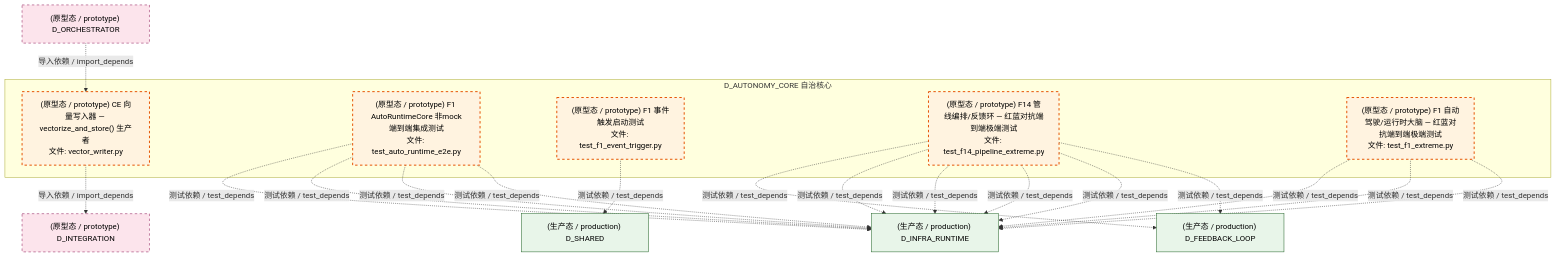
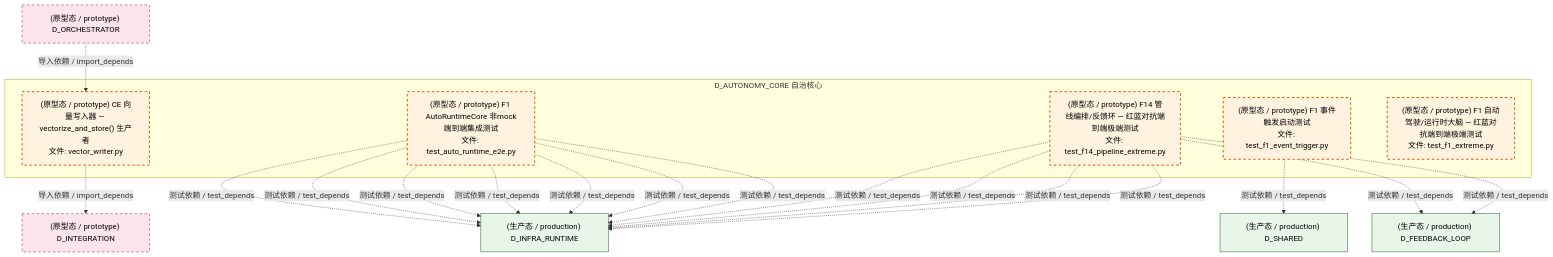
Before and after one commit to xuanFelixVan/ZephyrAlpha: the seventh of 8 diagrams in docs/02_enterprise_architecture/02_domain_architecture_docs/07_d_autonomy_core.md, drawn with Mermaid. The commit also changed other lines of this file and 116 other files, not shown here.

````diff
--- a/docs/02_enterprise_architecture/02_domain_architecture_docs/07_d_autonomy_core.md
+++ b/docs/02_enterprise_architecture/02_domain_architecture_docs/07_d_autonomy_core.md
@@ -768,38 +763,38 @@
 ```mermaid
 graph TD
     subgraph D_AUTONOMY_CORE["D_AUTONOMY_CORE 自治核心"]
         src_zephyr_integration_vector_memory_vector_writer_py["(原型态 / prototype) CE 向量写入器 — vectorize_and_store() 生产者<br/>文件: vector_writer.py"]
         tests_automation_test_auto_runtime_e2e_py["(原型态 / prototype) F1 AutoRuntimeCore 非mock端到端集成测试<br/>文件: test_auto_runtime_e2e.py"]
         tests_f_lifecycle_test_f1_event_trigger_py["(原型态 / prototype) F1 事件触发启动测试<br/>文件: test_f1_event_trigger.py"]
         tests_trading_extreme_test_f14_pipeline_extreme_py["(原型态 / prototype) F14 管线编排/反馈环 — 红蓝对抗端到端极端测试<br/>文件: test_f14_pipeline_extreme.py"]
         tests_trading_extreme_test_f1_extreme_py["(原型态 / prototype) F1 自动驾驶/运行时大脑 — 红蓝对抗端到端极端测试<br/>文件: test_f1_extreme.py"]
     end
+    D_INTEGRATION["(原型态 / prototype) D_INTEGRATION"]
+    src_zephyr_integration_vector_memory_vector_writer_py -.->|导入依赖 / import_depends| D_INTEGRATION
+    D_INFRA_RUNTIME["(生产态 / production) D_INFRA_RUNTIME"]
+    tests_automation_test_auto_runtime_e2e_py -.->|测试依赖 / test_depends| D_INFRA_RUNTIME
+    tests_automation_test_auto_runtime_e2e_py -.->|测试依赖 / test_depends| D_INFRA_RUNTIME
+    tests_automation_test_auto_runtime_e2e_py -.->|测试依赖 / test_depends| D_INFRA_RUNTIME
+    tests_automation_test_auto_runtime_e2e_py -.->|测试依赖 / test_depends| D_INFRA_RUNTIME
+    tests_automation_test_auto_runtime_e2e_py -.->|测试依赖 / test_depends| D_INFRA_RUNTIME
+    tests_automation_test_auto_runtime_e2e_py -.->|测试依赖 / test_depends| D_INFRA_RUNTIME
+    tests_automation_test_auto_runtime_e2e_py -.->|测试依赖 / test_depends| D_INFRA_RUNTIME
+    D_SHARED["(生产态 / production) D_SHARED"]
+    tests_f_lifecycle_test_f1_event_trigger_py -.->|测试依赖 / test_depends| D_SHARED
+    tests_trading_extreme_test_f14_pipeline_extreme_py -.->|测试依赖 / test_depends| D_INFRA_RUNTIME
     D_FEEDBACK_LOOP["(生产态 / production) D_FEEDBACK_LOOP"]
     tests_trading_extreme_test_f14_pipeline_extreme_py -.->|测试依赖 / test_depends| D_FEEDBACK_LOOP
-    D_INFRA_RUNTIME["(生产态 / production) D_INFRA_RUNTIME"]
-    tests_automation_test_auto_runtime_e2e_py -.->|测试依赖 / test_depends| D_INFRA_RUNTIME
-    D_INTEGRATION["(原型态 / prototype) D_INTEGRATION"]
-    src_zephyr_integration_vector_memory_vector_writer_py -.->|导入依赖 / import_depends| D_INTEGRATION
-    tests_trading_extreme_test_f1_extreme_py -.->|测试依赖 / test_depends| D_INFRA_RUNTIME
-    tests_automation_test_auto_runtime_e2e_py -.->|测试依赖 / test_depends| D_INFRA_RUNTIME
+    tests_trading_extreme_test_f14_pipeline_extreme_py -.->|测试依赖 / test_depends| D_FEEDBACK_LOOP
     tests_trading_extreme_test_f14_pipeline_extreme_py -.->|测试依赖 / test_depends| D_INFRA_RUNTIME
     tests_trading_extreme_test_f14_pipeline_extreme_py -.->|测试依赖 / test_depends| D_INFRA_RUNTIME
     tests_trading_extreme_test_f14_pipeline_extreme_py -.->|测试依赖 / test_depends| D_INFRA_RUNTIME
-    tests_trading_extreme_test_f1_extreme_py -.->|测试依赖 / test_depends| D_INFRA_RUNTIME
-    tests_trading_extreme_test_f14_pipeline_extreme_py -.->|测试依赖 / test_depends| D_INFRA_RUNTIME
-    D_SHARED["(生产态 / production) D_SHARED"]
-    tests_f_lifecycle_test_f1_event_trigger_py -.->|测试依赖 / test_depends| D_SHARED
-    tests_trading_extreme_test_f14_pipeline_extreme_py -.->|测试依赖 / test_depends| D_FEEDBACK_LOOP
-    tests_automation_test_auto_runtime_e2e_py -.->|测试依赖 / test_depends| D_INFRA_RUNTIME
-    tests_automation_test_auto_runtime_e2e_py -.->|测试依赖 / test_depends| D_INFRA_RUNTIME
-    tests_trading_extreme_test_f1_extreme_py -.->|测试依赖 / test_depends| D_INFRA_RUNTIME
     D_ORCHESTRATOR["(原型态 / prototype) D_ORCHESTRATOR"]
     D_ORCHESTRATOR -.->|导入依赖 / import_depends| src_zephyr_integration_vector_memory_vector_writer_py
     classDef production fill:#e1f5fe,stroke:#01579b,stroke-width:2px,color:#000
     classDef design fill:#fff3e0,stroke:#e65100,stroke-width:2px,color:#000,stroke-dasharray: 5 5
     classDef external_prod fill:#e8f5e9,stroke:#1b5e20,stroke-width:1px,color:#000
     classDef external_design fill:#fce4ec,stroke:#880e4f,stroke-width:1px,color:#000,stroke-dasharray: 5 5
     class src_zephyr_integration_vector_memory_vector_writer_py,tests_automation_test_auto_runtime_e2e_py,tests_f_lifecycle_test_f1_event_trigger_py,tests_trading_extreme_test_f14_pipeline_extreme_py,tests_trading_extreme_test_f1_extreme_py design
-    class D_FEEDBACK_LOOP,D_INFRA_RUNTIME,D_SHARED external_prod
+    class D_INFRA_RUNTIME,D_SHARED,D_FEEDBACK_LOOP external_prod
     class D_INTEGRATION,D_ORCHESTRATOR external_design
 ```
````
